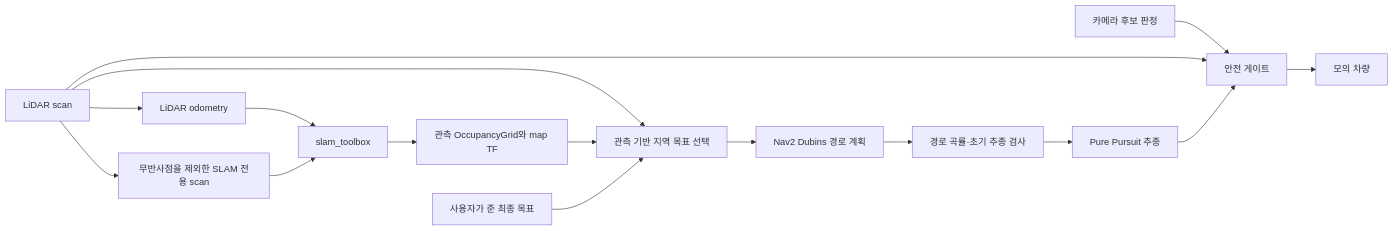
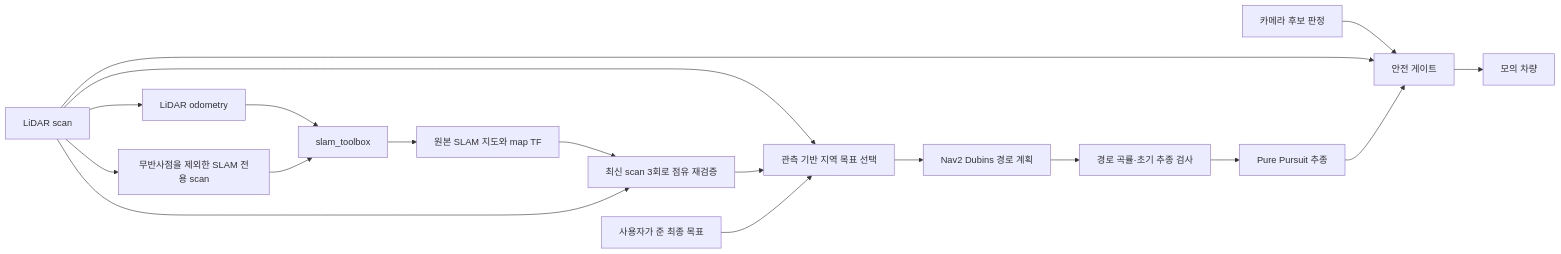
One commit to dongguekim-rgb/mrider changed the diagram in docs/large-office-navigation.md. Above: the diagram before and after it, drawn with Mermaid. The commit also changed other lines of this file and 520 other files, not shown here.

````diff
--- a/docs/large-office-navigation.md
+++ b/docs/large-office-navigation.md
@@ -60,18 +68,20 @@
 ```mermaid
 flowchart LR
   S[LiDAR scan] --> O[LiDAR odometry]
   O --> SL[slam_toolbox]
   S --> F[무반사점을 제외한 SLAM 전용 scan]
   F --> SL
-  SL --> M[관측 OccupancyGrid와 map TF]
+  SL --> RAW[원본 SLAM 지도와 map TF]
+  RAW --> M[최신 scan 3회로 점유 재검증]
+  S --> M
   S --> L[관측 기반 지역 목표 선택]
   M --> L
   G[사용자가 준 최종 목표] --> L
   L --> N[Nav2 Dubins 경로 계획]
   N --> P[경로 곡률·초기 추종 검사]
   P --> R[Pure Pursuit 추종]
   C[카메라 후보 판정] --> SG[안전 게이트]
   S --> SG
   R --> SG
   SG --> V[모의 차량]
 ```
````
